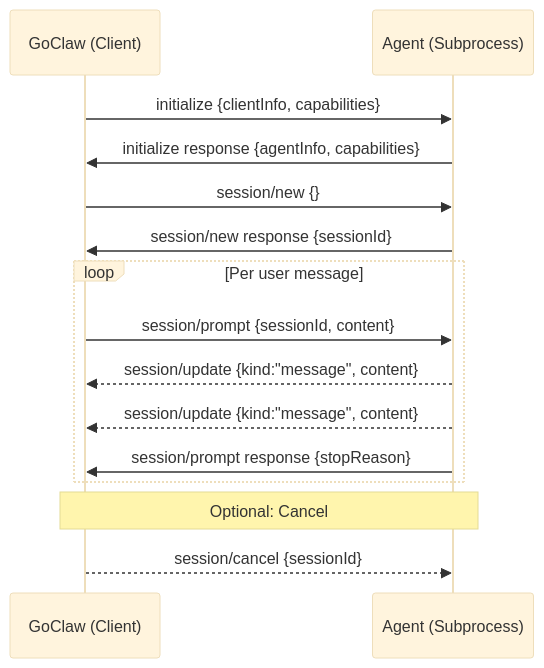
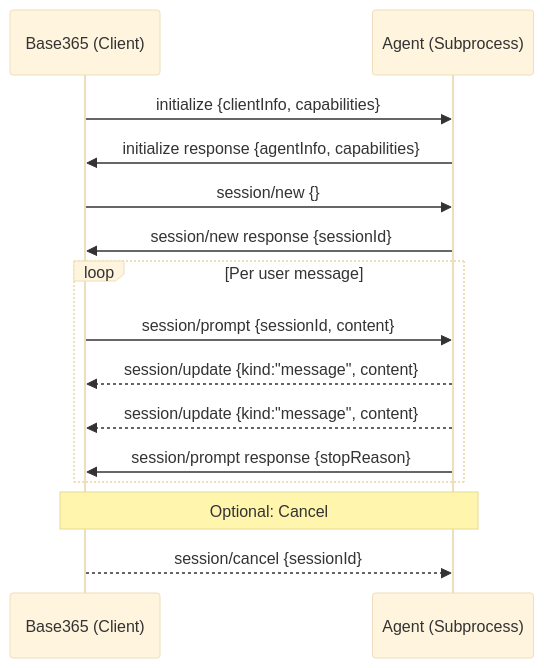
Before and after one commit to edyoCampos/base365: the second of 2 diagrams in docs/18-acp-provider.md, drawn with Mermaid (base theme). The commit also changed other lines of this file and 2108 other files, not shown here.

Commit message:
refactor: rebrand GoClaw -> Base365 (conteudo e caminhos)

````diff
--- a/docs/18-acp-provider.md
+++ b/docs/18-acp-provider.md
@@ -97,21 +97,21 @@
 ```mermaid
 sequenceDiagram
-    participant C as GoClaw (Client)
+    participant C as Base365 (Client)
     participant A as Agent (Subprocess)
 
     C->>A: initialize {clientInfo, capabilities}
     A->>C: initialize response {agentInfo, capabilities}
 
     C->>A: session/new {}
     A->>C: session/new response {sessionId}
 
     loop Per user message
         C->>A: session/prompt {sessionId, content}
         A-->>C: session/update {kind:"message", content}
         A-->>C: session/update {kind:"message", content}
         A->>C: session/prompt response {stopReason}
     end
 
     Note over C,A: Optional: Cancel
     C-->>A: session/cancel {sessionId}
 ```
````
